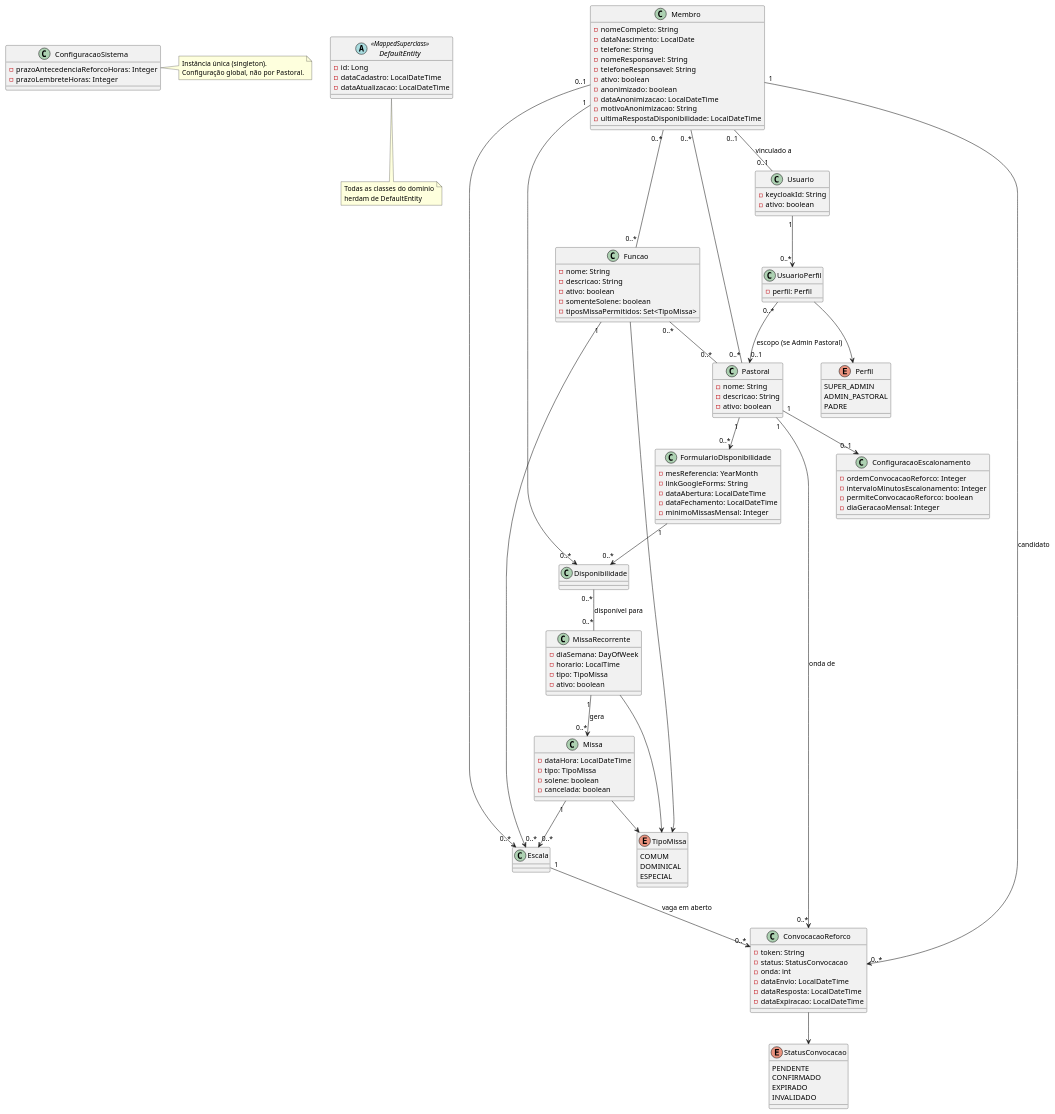
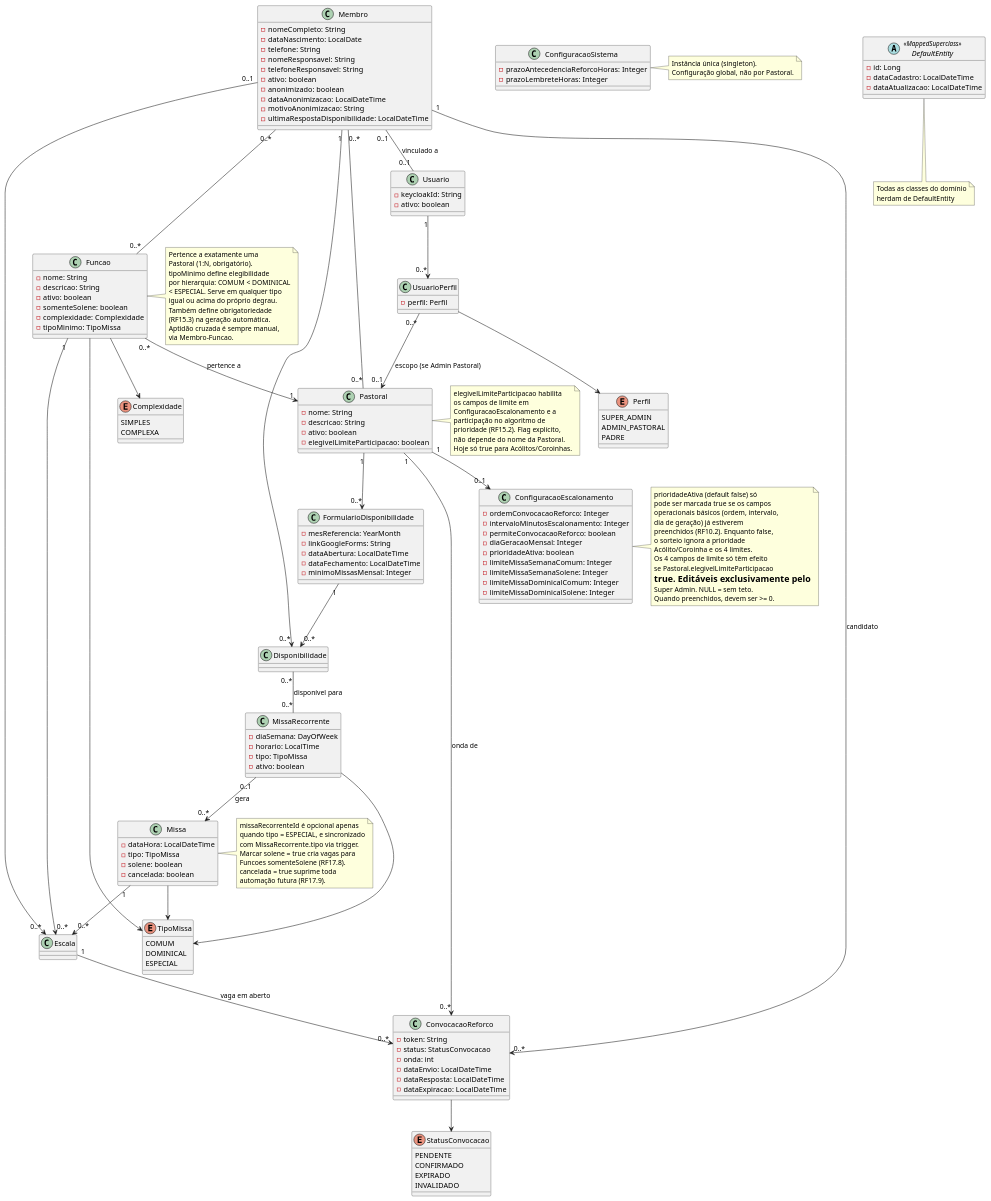
One commit to DaviRSuassuna/paroquia-sistema changed the diagram in docs/diagramas/classes.plantuml. Above: the diagram before and after it, drawn with PlantUML. The commit also changed 3 other files, not shown here.

```diff
--- a/docs/diagramas/classes.plantuml
+++ b/docs/diagramas/classes.plantuml
@@ -30,6 +30,11 @@
   INVALIDADO
 }
 
+enum Complexidade {
+  SIMPLES
+  COMPLEXA
+}
+
 class Membro {
   - nomeCompleto: String
   - dataNascimento: LocalDate
@@ -47,14 +52,45 @@
   - nome: String
   - descricao: String
   - ativo: boolean
+  - elegivelLimiteParticipacao: boolean
 }
+
+note right of Pastoral
+  elegivelLimiteParticipacao habilita
+  os campos de limite em
+  ConfiguracaoEscalonamento e a
+  participação no algoritmo de
+  prioridade (RF15.2). Flag explícito,
+  não depende do nome da Pastoral.
+  Hoje só true para Acólitos/Coroinhas.
+end note
 
 class ConfiguracaoEscalonamento {
   - ordemConvocacaoReforco: Integer
   - intervaloMinutosEscalonamento: Integer
   - permiteConvocacaoReforco: boolean
   - diaGeracaoMensal: Integer
+  - prioridadeAtiva: boolean
+  - limiteMissaSemanaComum: Integer
+  - limiteMissaSemanaSolene: Integer
+  - limiteMissaDominicalComum: Integer
+  - limiteMissaDominicalSolene: Integer
 }
+
+note right of ConfiguracaoEscalonamento
+  prioridadeAtiva (default false) só
+  pode ser marcada true se os campos
+  operacionais básicos (ordem, intervalo,
+  dia de geração) já estiverem
+  preenchidos (RF10.2). Enquanto false,
+  o sorteio ignora a prioridade
+  Acólito/Coroinha e os 4 limites.
+  Os 4 campos de limite só têm efeito
+  se Pastoral.elegivelLimiteParticipacao
+  = true. Editáveis exclusivamente pelo
+  Super Admin. NULL = sem teto.
+  Quando preenchidos, devem ser >= 0.
+end note
 
 class ConfiguracaoSistema {
   - prazoAntecedenciaReforcoHoras: Integer
@@ -71,8 +107,22 @@
   - descricao: String
   - ativo: boolean
   - somenteSolene: boolean
-  - tiposMissaPermitidos: Set<TipoMissa>
+  - complexidade: Complexidade
+  - tipoMinimo: TipoMissa
 }
+
+note right of Funcao
+  Pertence a exatamente uma
+  Pastoral (1:N, obrigatório).
+  tipoMinimo define elegibilidade
+  por hierarquia: COMUM < DOMINICAL
+  < ESPECIAL. Serve em qualquer tipo
+  igual ou acima do próprio degrau.
+  Também define obrigatoriedade
+  (RF15.3) na geração automática.
+  Aptidão cruzada é sempre manual,
+  via Membro-Funcao.
+end note
 
 class MissaRecorrente {
   - diaSemana: DayOfWeek
@@ -87,6 +137,16 @@
   - solene: boolean
   - cancelada: boolean
 }
+
+note right of Missa
+  missaRecorrenteId é opcional apenas
+  quando tipo = ESPECIAL, e sincronizado
+  com MissaRecorrente.tipo via trigger.
+  Marcar solene = true cria vagas para
+  Funcoes somenteSolene (RF17.8).
+  cancelada = true suprime toda
+  automação futura (RF17.9).
+end note
 
 class Escala {
 }
@@ -122,7 +182,7 @@
 
 Membro "0..*" -- "0..*" Pastoral
 Membro "0..*" -- "0..*" Funcao
-Funcao "0..*" -- "0..*" Pastoral
+Funcao "0..*" --> "1" Pastoral : pertence a
 
 Pastoral "1" --> "0..1" ConfiguracaoEscalonamento
 Pastoral "1" --> "0..*" ConvocacaoReforco : onda de
@@ -131,7 +191,7 @@
 Membro "0..1" --> "0..*" Escala
 Funcao "1" --> "0..*" Escala
 
-MissaRecorrente "1" --> "0..*" Missa : gera
+MissaRecorrente "0..1" --> "0..*" Missa : gera
 
 Pastoral "1" --> "0..*" FormularioDisponibilidade
 FormularioDisponibilidade "1" --> "0..*" Disponibilidade
@@ -149,6 +209,7 @@
 Missa --> TipoMissa
 MissaRecorrente --> TipoMissa
 Funcao --> TipoMissa
+Funcao --> Complexidade
 UsuarioPerfil --> Perfil
 ConvocacaoReforco --> StatusConvocacao
 
```
